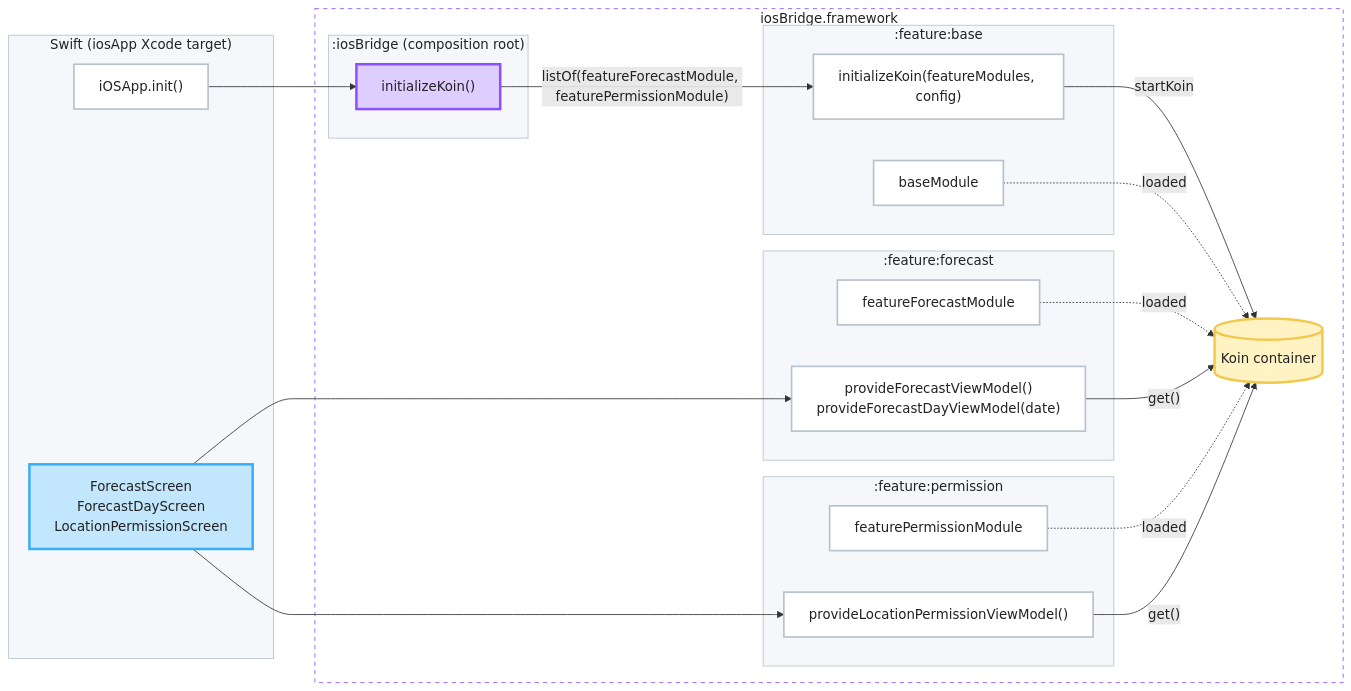
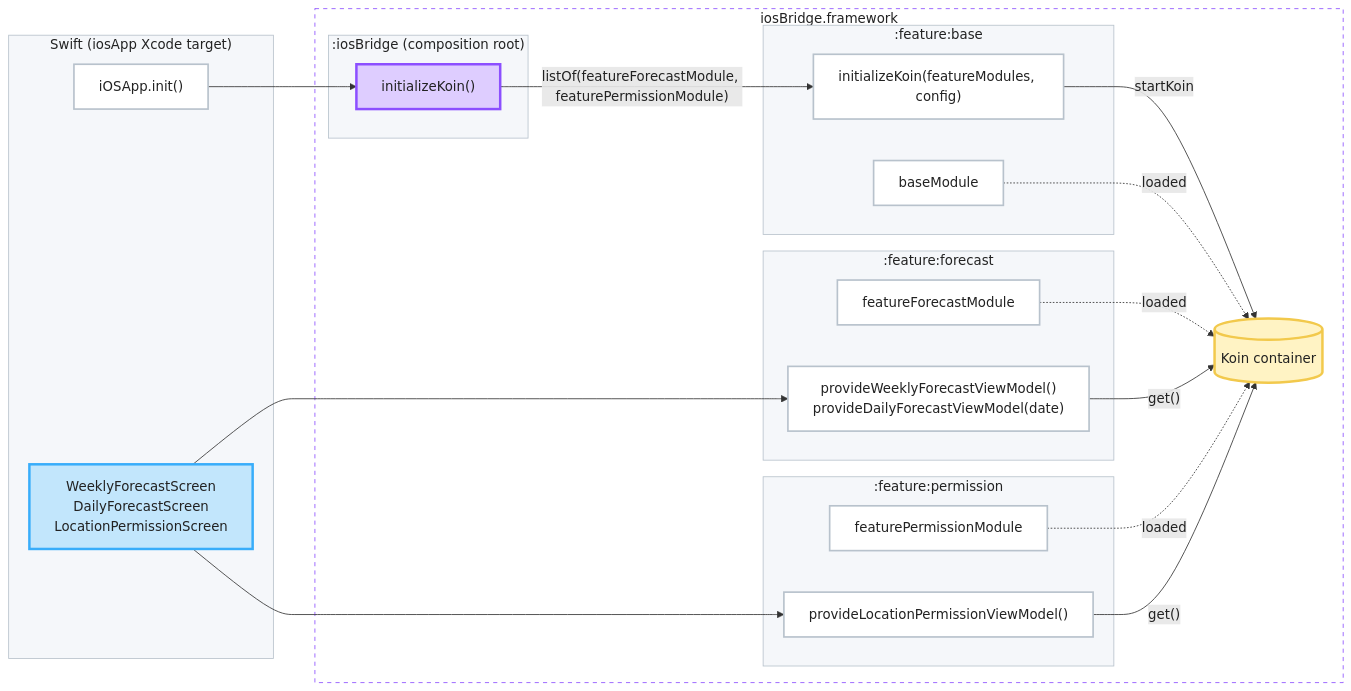
One commit to igorwojda/kmp-showcase changed the third of 3 diagrams in README.md. Above: the diagram before and after it, drawn with Mermaid. The commit also changed other lines of this file and 21 other files, not shown here.

````diff
--- a/README.md
+++ b/README.md
@@ -283,58 +283,58 @@
 ```mermaid
 flowchart LR
     subgraph swift["Swift (iosApp Xcode target)"]
         iosApp["iOSApp.init()"]
-        swiftScreens["ForecastScreen<br/>ForecastDayScreen<br/>LocationPermissionScreen"]
+        swiftScreens["WeeklyForecastScreen<br/>DailyForecastScreen<br/>LocationPermissionScreen"]
     end
 
     subgraph framework["iosBridge.framework"]
         subgraph iosBridge[":iosBridge (composition root)"]
             bridgeInit["initializeKoin()"]
         end
 
         subgraph base[":feature:base"]
             initializeKoin["initializeKoin(featureModules, config)"]
             baseModule["baseModule"]
         end
 
         subgraph forecast[":feature:forecast"]
             featureForecastModule["featureForecastModule"]
-            accessors["provideForecastViewModel()<br/>provideForecastDayViewModel(date)"]
+            accessors["provideWeeklyForecastViewModel()<br/>provideDailyForecastViewModel(date)"]
         end
 
         subgraph permission[":feature:permission"]
             featurePermissionModule["featurePermissionModule"]
             permissionAccessors["provideLocationPermissionViewModel()"]
         end
 
         koin[("Koin container")]
     end
 
     iosApp --> bridgeInit
     bridgeInit -- "listOf(featureForecastModule, featurePermissionModule)" --> initializeKoin
     initializeKoin -- "startKoin" --> koin
     baseModule -. "loaded" .-> koin
     featureForecastModule -. "loaded" .-> koin
     featurePermissionModule -. "loaded" .-> koin
     swiftScreens --> accessors
     swiftScreens --> permissionAccessors
     accessors -- "get()" --> koin
     permissionAccessors -- "get()" --> koin
 
     classDef root fill:#DECDFF,stroke:#8C4FFF,stroke-width:3px,color:#222222;
     classDef ui fill:#C2E6FC,stroke:#38ADFA,stroke-width:3px,color:#222222;
     classDef code fill:#FFFFFF,stroke:#B8C2CC,stroke-width:2px,color:#222222;
     classDef container fill:#FFF3C4,stroke:#F2C94C,stroke-width:3px,color:#222222;
 
     class bridgeInit root;
     class swiftScreens ui;
     class iosApp,initializeKoin,baseModule,featureForecastModule,featurePermissionModule,accessors,permissionAccessors code;
     class koin container;
 
     style swift fill:#F5F7FA,stroke:#B8C2CC,color:#222222;
     style framework fill:#FFFFFF,stroke:#8C4FFF,stroke-dasharray:5 5,color:#222222;
     style iosBridge fill:#F5F7FA,stroke:#B8C2CC,color:#222222;
     style base fill:#F5F7FA,stroke:#B8C2CC,color:#222222;
     style forecast fill:#F5F7FA,stroke:#B8C2CC,color:#222222;
     style permission fill:#F5F7FA,stroke:#B8C2CC,color:#222222;
 ```
````
